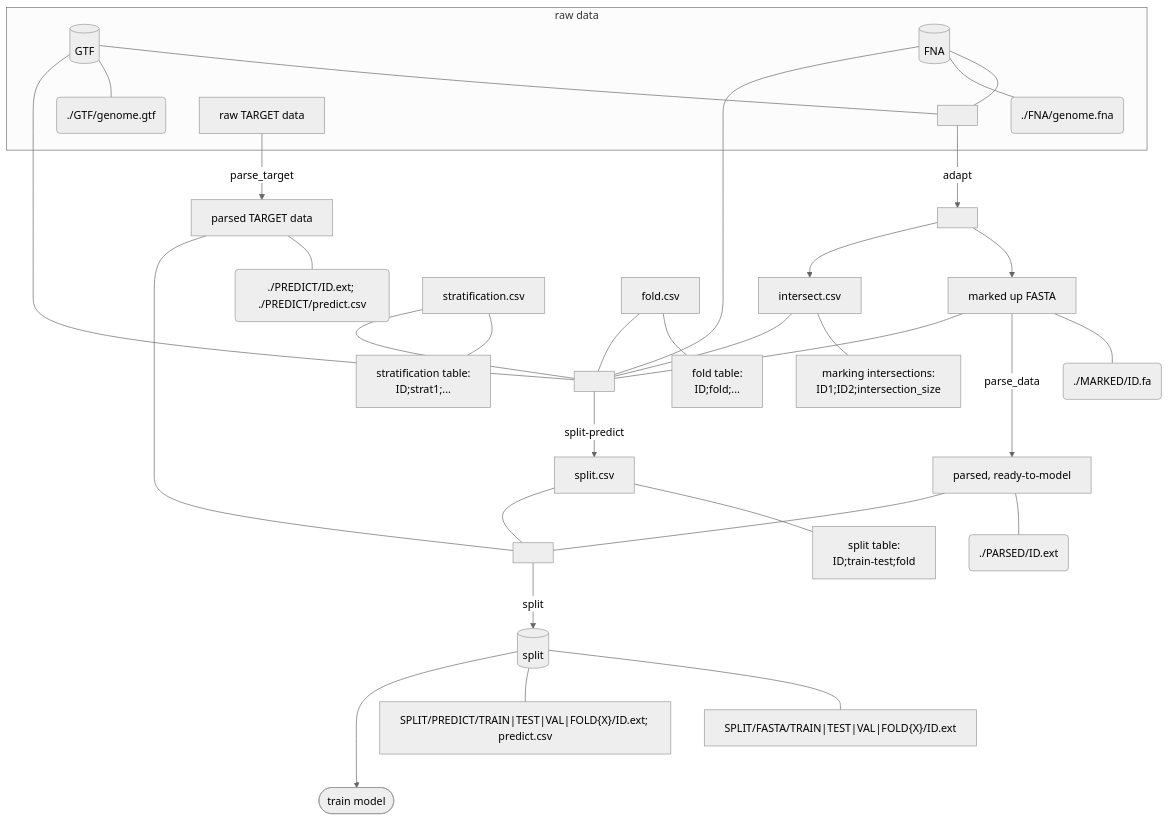
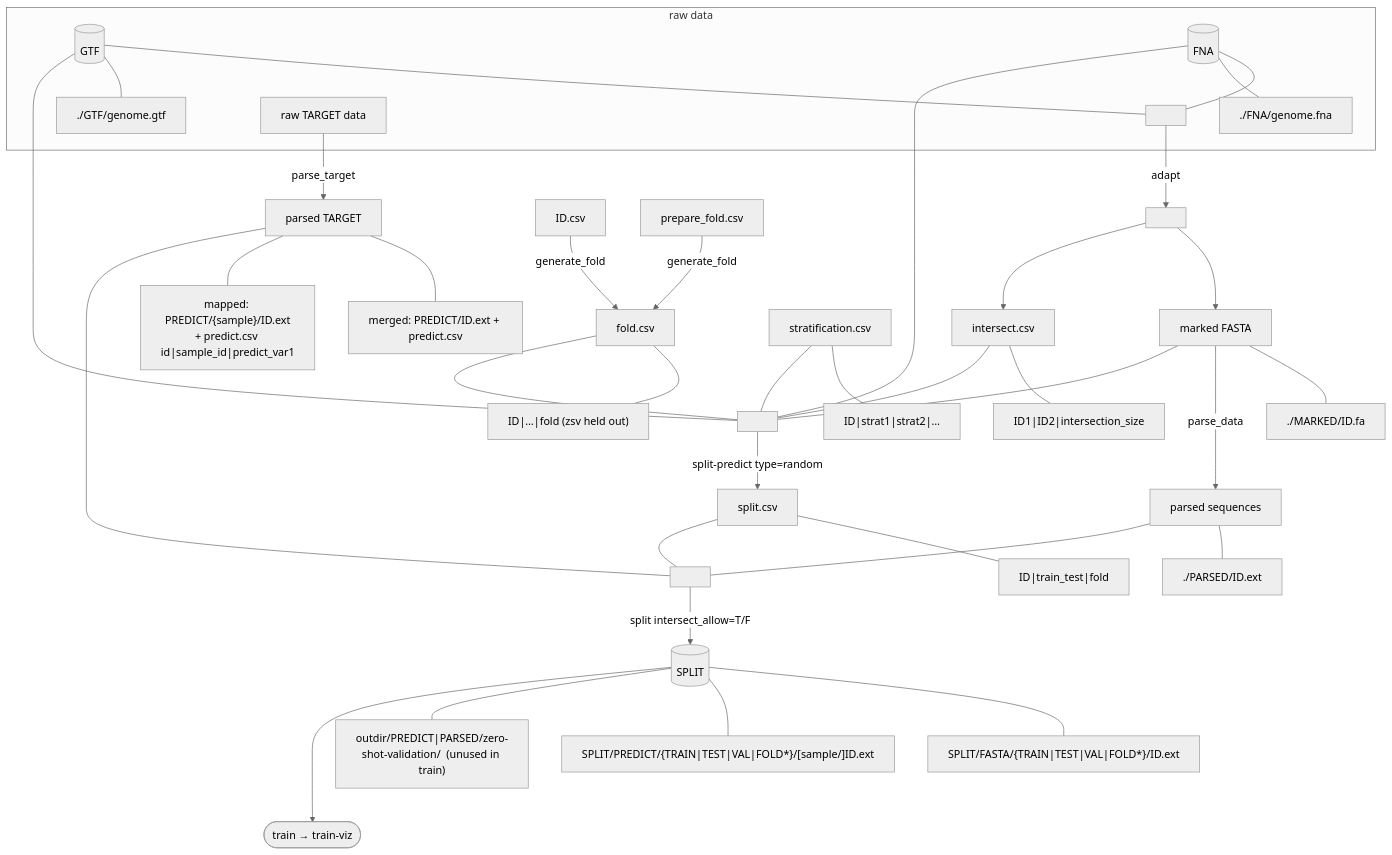
One commit to Sirius-Back/Giga_Mario changed the diagram in wiki/architecture.md. Above: the diagram before and after it, drawn with Mermaid (neutral theme). The commit also changed other lines of this file and 14 other files, not shown here.

Commit message:
Fix pipeline review gaps: mapped PREDICT split, folds, and docs.

````diff
--- a/wiki/architecture.md
+++ b/wiki/architecture.md
@@ -12,45 +11,50 @@
 ```mermaid
 flowchart TD
     subgraph raw["raw data"]
         A[(GTF)]
-        A1("./GTF/genome.gtf")
+        A1["./GTF/genome.gtf"]
         C[(FNA)]
-        C1("./FNA/genome.fna")
+        C1["./FNA/genome.fna"]
         D["raw TARGET data"]
         E1[" "]
     end
 
     A --- E1
     A --- A1
-    E1 -->|adapt| E4[" "]
-    E4 --> B["marked up FASTA"]
-    E4 --> J["intersect.csv"]
-    J --- J1["marking intersections:\nID1;ID2;intersection_size"]
-    B --- B1("./MARKED/ID.fa")
-    B -->|parse_data| M["parsed, ready-to-model"]
-    M --- M1("./PARSED/ID.ext")
-
     C --- E1
     C --- C1
-    D -->|parse_target| F["parsed TARGET data"]
-    F --- F1("./PREDICT/ID.ext; ./PREDICT/predict.csv")
+    E1 -->|adapt| E4[" "]
+    E4 --> B["marked FASTA"]
+    E4 --> J["intersect.csv"]
+    J --- J1["ID1|ID2|intersection_size"]
+    B --- B1["./MARKED/ID.fa"]
+    B -->|parse_data| M["parsed sequences"]
+    M --- M1["./PARSED/ID.ext"]
+
+    D -->|parse_target| F["parsed TARGET"]
+    F --- F1["merged: PREDICT/ID.ext + predict.csv"]
+    F --- F2["mapped: PREDICT/{sample}/ID.ext\n+ predict.csv id|sample_id|predict_var1"]
+
+    IDT["ID.csv"] -->|generate_fold| HF["fold.csv"]
+    PF["prepare_fold.csv"] -->|generate_fold| HF
+    G["stratification.csv"] --- G1["ID|strat1|strat2|…"]
+    HF --- H1["ID|…|fold  (zsv held out)"]
 
     A --- E2[" "]
     B --- E2
     C --- E2
-    G["stratification.csv"] --- G1["stratification table:\nID;strat1;..."]
-    H["fold.csv"] --- H1["fold table:\nID;fold;..."]
     G --- E2
-    H --- E2
+    HF --- E2
     J --- E2
-    E2 -->|split-predict| I["split.csv"]
-    I --- I1["split table:\nID;train-test;fold"]
+    E2 -->|split-predict type=random| I["split.csv"]
+    I --- I1["ID|train_test|fold"]
 
     I --- E3[" "]
     M --- E3
     F --- E3
-    E3 -->|split| K[("split")]
-    K --- K1["SPLIT/FASTA/TRAIN|TEST|VAL|FOLD{X}/ID.ext"]
-    K --- K2["SPLIT/PREDICT/TRAIN|TEST|VAL|FOLD{X}/ID.ext; predict.csv"]
-    K ---> L(["train model"])
+    E3 -->|split intersect_allow=T/F| K[("SPLIT")]
+    K --- K1["SPLIT/FASTA/{TRAIN|TEST|VAL|FOLD*}/ID.ext"]
+    K --- K2["SPLIT/PREDICT/{TRAIN|TEST|VAL|FOLD*}/[sample/]ID.ext"]
+    K --- K3["outdir/PREDICT|PARSED/zero-shot-validation/  (unused in train)"]
+    K ---> L(["train → train-viz"])
 ```
````
